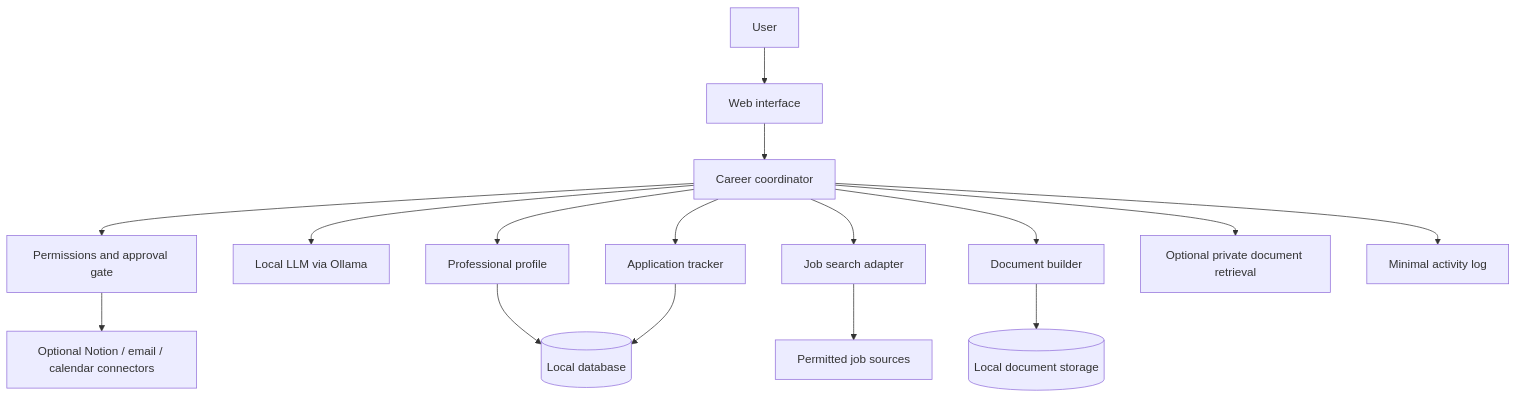
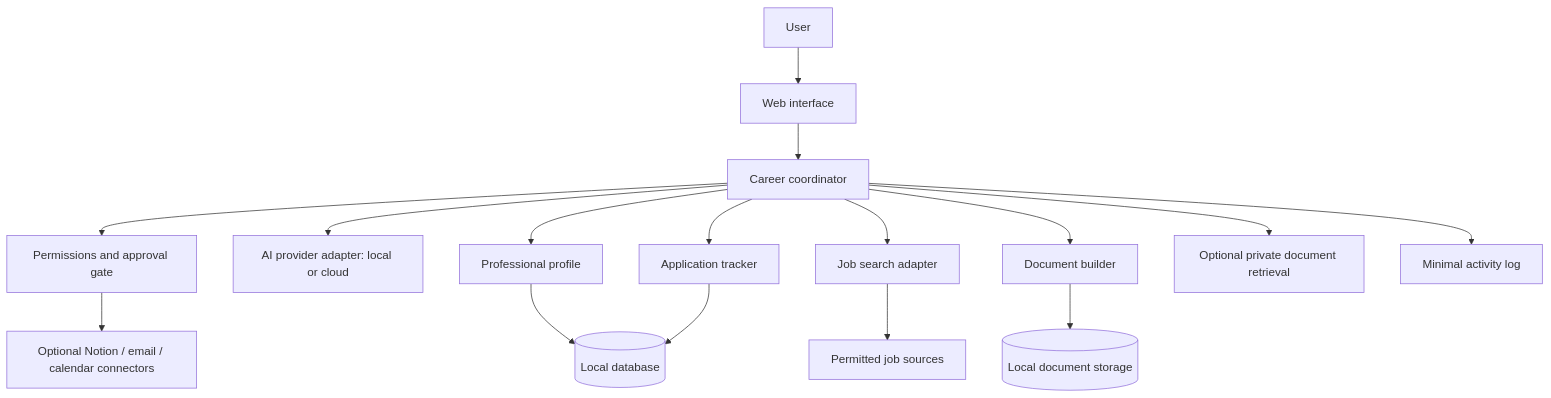
One commit to fabienhummel/restart-ai changed the diagram in docs/architecture.md. Above: the diagram before and after it, drawn with Mermaid. The commit also changed other lines of this file, not shown here.

````diff
--- a/docs/architecture.md
+++ b/docs/architecture.md
@@ -16,18 +18,18 @@
 ```mermaid
 flowchart TD
     U[User] --> UI[Web interface]
     UI --> CO[Career coordinator]
     CO --> POLICY[Permissions and approval gate]
-    CO --> LLM[Local LLM via Ollama]
+    CO --> LLM[AI provider adapter: local or cloud]
     CO --> P[Professional profile]
     CO --> J[Job search adapter]
     CO --> DOC[Document builder]
     CO --> TRACK[Application tracker]
     CO --> RAG[Optional private document retrieval]
     P --> DB[(Local database)]
     TRACK --> DB
     DOC --> FS[(Local document storage)]
     J --> EXT[Permitted job sources]
     POLICY --> CONN[Optional Notion / email / calendar connectors]
     CO --> LOG[Minimal activity log]
 ```
````
